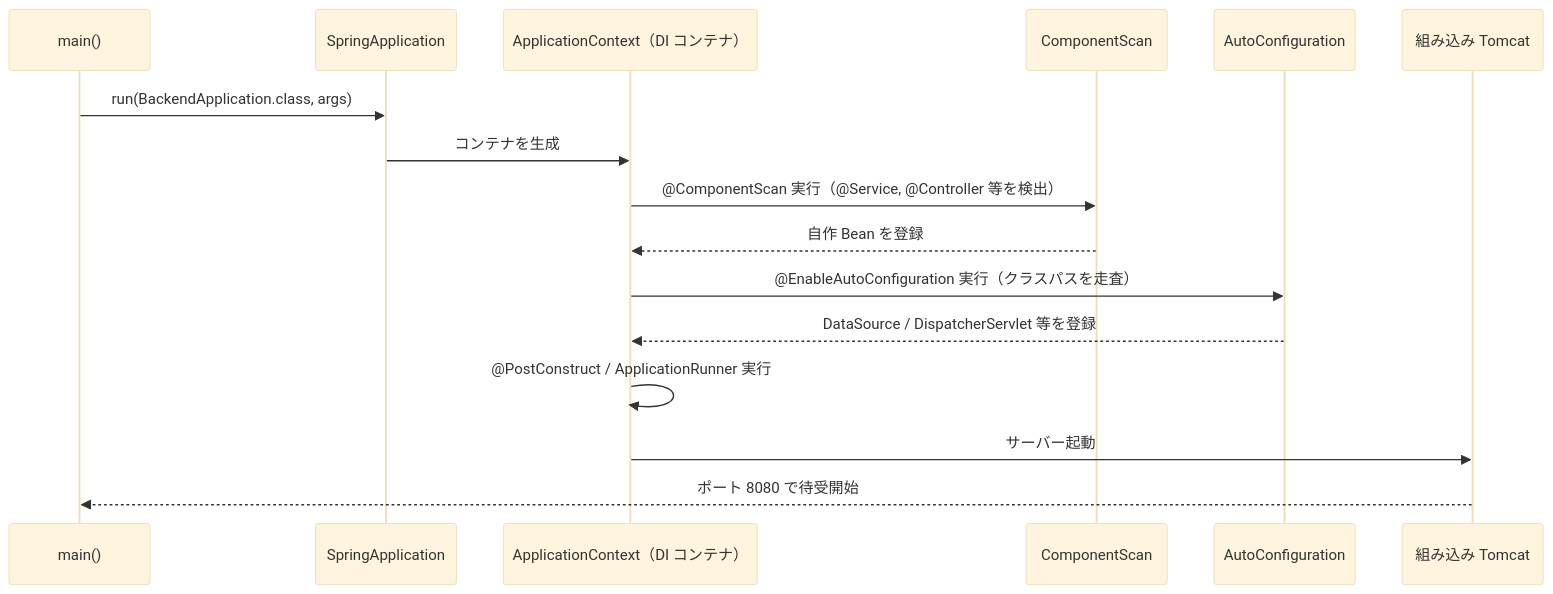
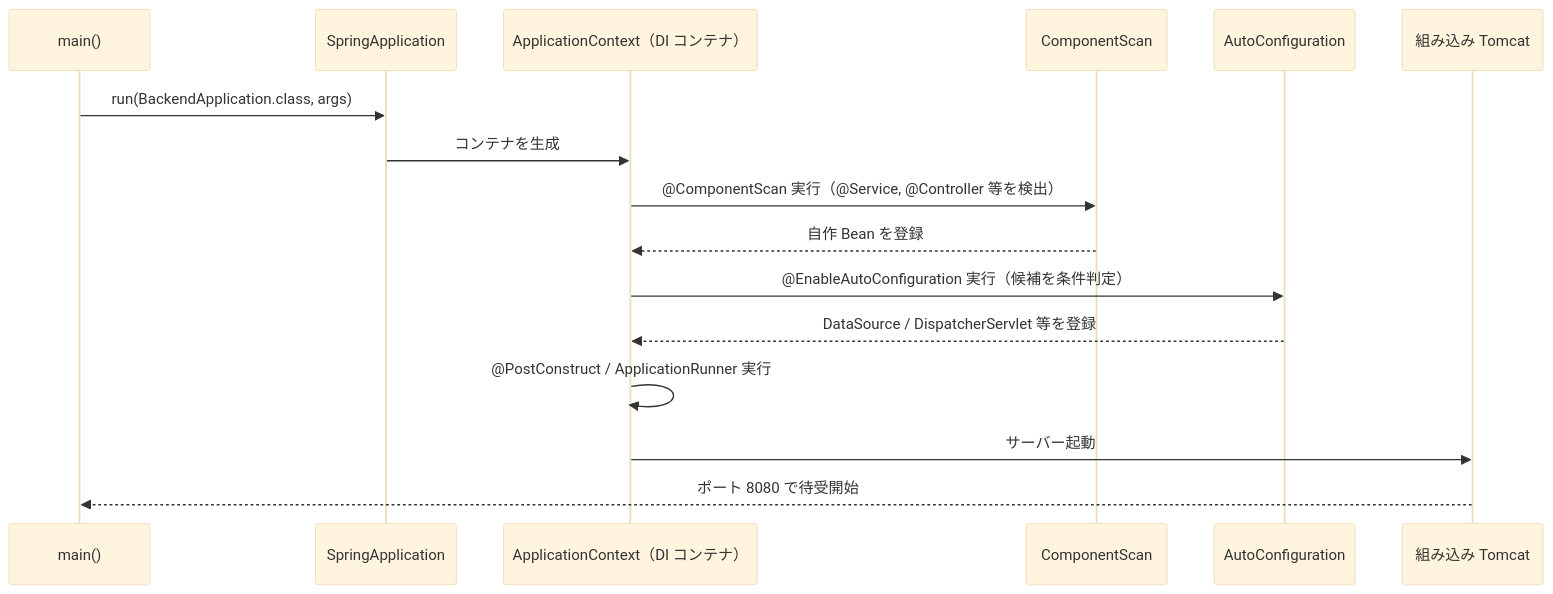
Before and after one commit to DRS22DownForce/SmartHouseholdAccountBook: the second of 5 diagrams in docs/backend/01-spring-core.md, drawn with Mermaid (base theme). The commit also changed other lines of this file and 1 other file, not shown here.

Commit message:
Spring Core ドキュメントを更新し、AutoConfiguration の仕組みや条件付き Bean の使用方法を詳述しました。また、新たにデータ層に関する章を追加し、JPA/Hibernate/Spring Data JPA の関係や Entity の定義、主要アノテーションについて説明しました。これにより、バックエンド学習リソースの充実を図りました。

````diff
--- a/docs/backend/01-spring-core.md
+++ b/docs/backend/01-spring-core.md
@@ -108,19 +109,19 @@
 ```mermaid
 sequenceDiagram
     participant Main as main()
     participant SA as SpringApplication
     participant Ctx as ApplicationContext（DI コンテナ）
     participant Scan as ComponentScan
     participant Auto as AutoConfiguration
     participant Tomcat as 組み込み Tomcat
 
     Main->>SA: run(BackendApplication.class, args)
     SA->>Ctx: コンテナを生成
     Ctx->>Scan: @ComponentScan 実行（@Service, @Controller 等を検出）
     Scan-->>Ctx: 自作 Bean を登録
-    Ctx->>Auto: @EnableAutoConfiguration 実行（クラスパスを走査）
+    Ctx->>Auto: @EnableAutoConfiguration 実行（候補を条件判定）
     Auto-->>Ctx: DataSource / DispatcherServlet 等を登録
     Ctx->>Ctx: @PostConstruct / ApplicationRunner 実行
     Ctx->>Tomcat: サーバー起動
     Tomcat-->>Main: ポート 8080 で待受開始
 ```
````
